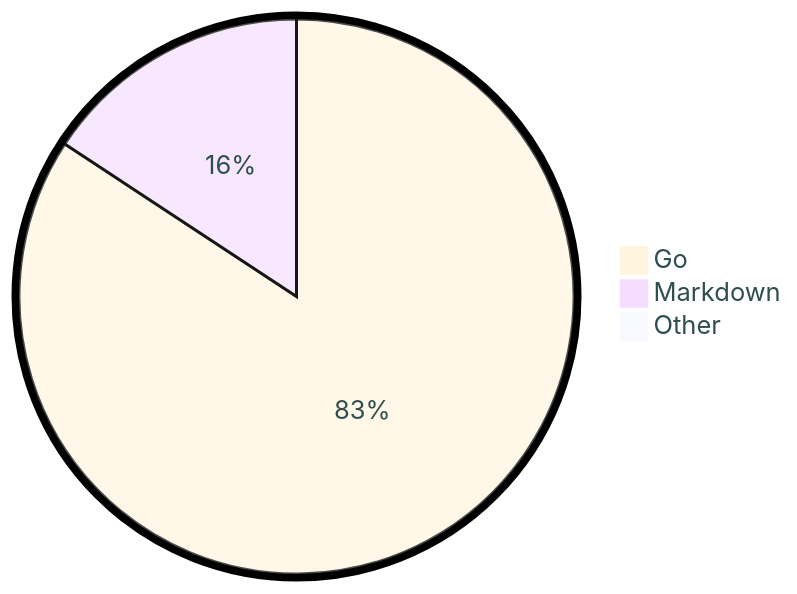
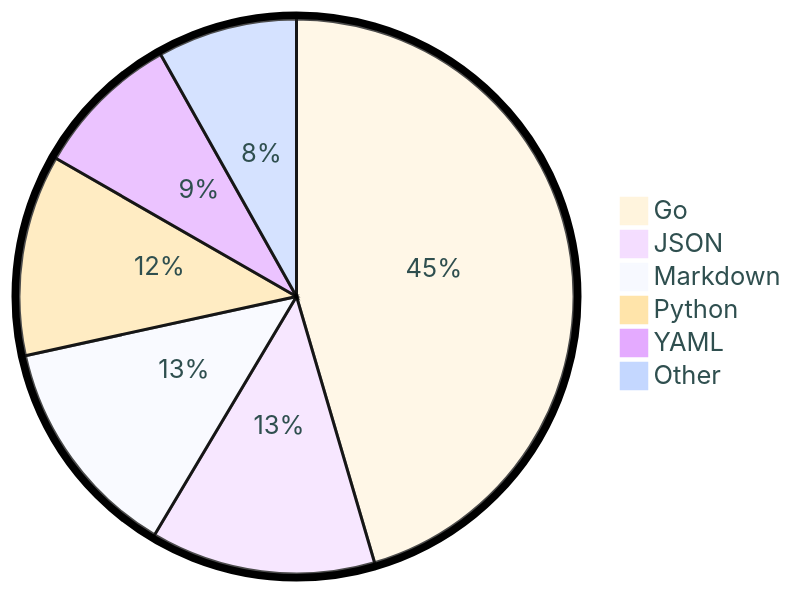
One commit to tot0p/tot0p changed the diagram in README.md. Above: the diagram before and after it, drawn with Mermaid. The commit also changed other lines of this file, not shown here.

````diff
--- a/README.md
+++ b/README.md
@@ -119,7 +125,10 @@
 ```mermaid
 %%{init: {"pie": {"textPosition": 0.5}, "themeVariables": {"pieOuterStrokeWidth": "5px","primaryTextColor" : "#2F4F4F"},"theme":"base"} }%%
 pie
-	"Go": 83.44
-	"Markdown": 15.58
-	"Other": 0.98
+	"Go": 45.46
+	"JSON": 13.09
+	"Markdown": 13.03
+	"Python": 11.72
+	"YAML": 8.56
+	"Other": 8.139999999999999
 ```
````
